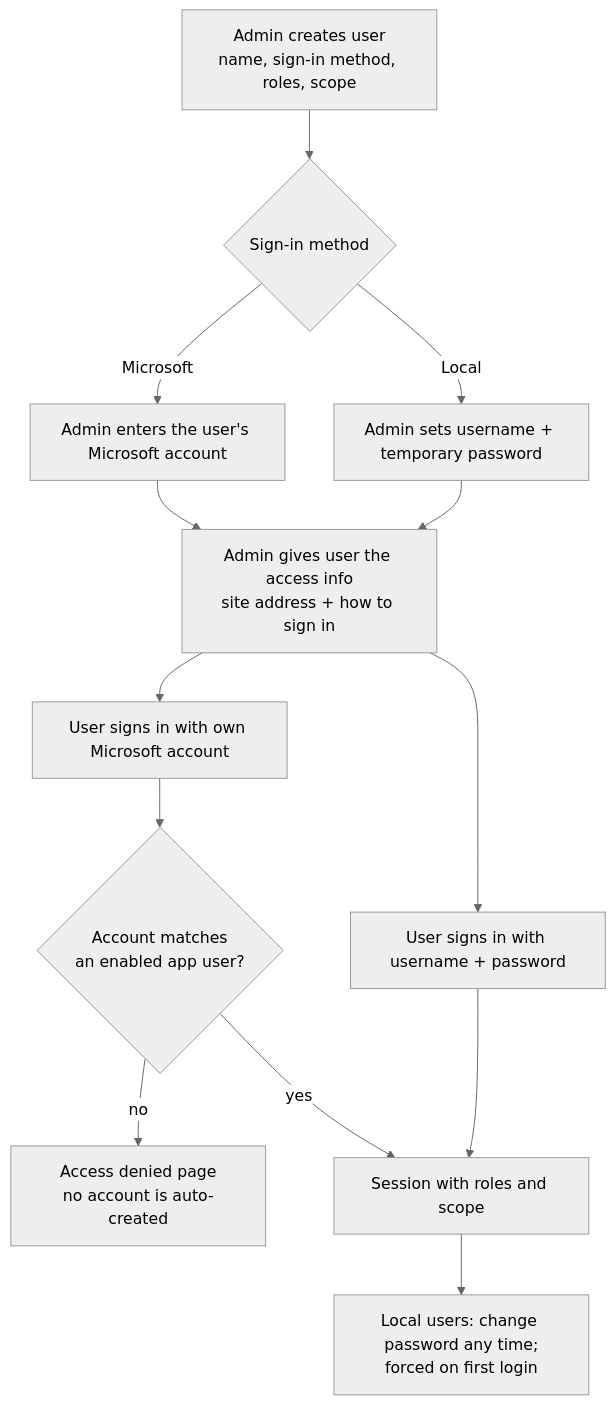
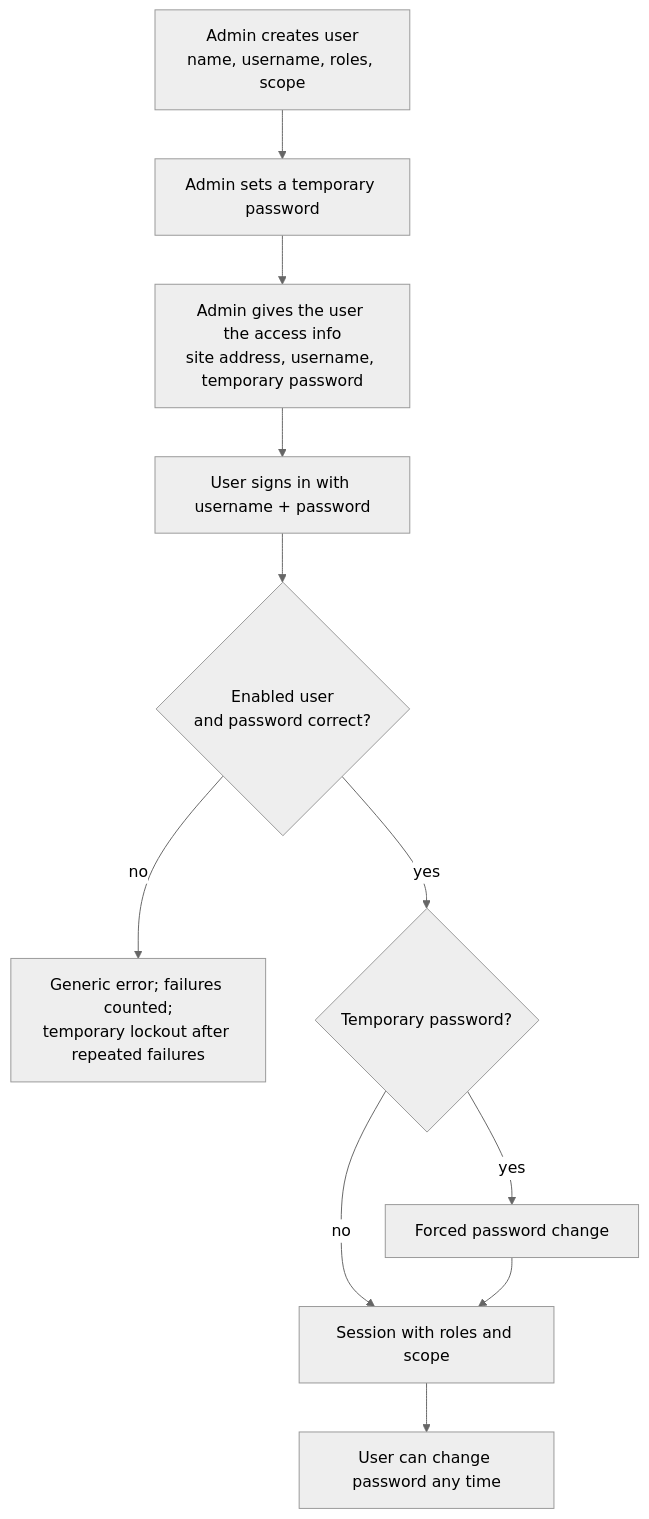
One commit to kurnFR/salesperformance changed the fifth of 5 diagrams in docs/02-architecture.md. Above: the diagram before and after it, drawn with Mermaid (neutral theme). The commit also changed other lines of this file and 9 other files, not shown here.

Commit message:
docs: monthly nightly data, local-only sign-in, AI confirm-then-answer, calculate tool, local gateway requirements, 60-day retention

````diff
--- a/docs/02-architecture.md
+++ b/docs/02-architecture.md
@@ -229,15 +227,13 @@
 ```mermaid
 flowchart TD
-  A[Admin creates user<br/>name, sign-in method, roles, scope] --> M{"Sign-in method"}
-  M -- Microsoft --> M1[Admin enters the user's Microsoft account]
-  M -- Local --> L1[Admin sets username + temporary password]
-  M1 --> I[Admin gives user the access info<br/>site address + how to sign in]
-  L1 --> I
-  I --> S1[User signs in with own Microsoft account]
-  I --> S2[User signs in with username + password]
-  S1 --> V{"Account matches<br/>an enabled app user?"}
-  V -- no --> D[Access denied page<br/>no account is auto-created]
-  V -- yes --> OK[Session with roles and scope]
-  S2 --> OK
-  OK --> CP[Local users: change password any time;<br/>forced on first login]
+  A[Admin creates user<br/>name, username, roles, scope] --> P[Admin sets a temporary password]
+  P --> I[Admin gives the user the access info<br/>site address, username, temporary password]
+  I --> S[User signs in with username + password]
+  S --> V{"Enabled user<br/>and password correct?"}
+  V -- no --> F[Generic error; failures counted;<br/>temporary lockout after repeated failures]
+  V -- yes --> CH{"Temporary password?"}
+  CH -- yes --> FC[Forced password change]
+  CH -- no --> OK[Session with roles and scope]
+  FC --> OK
+  OK --> C2[User can change password any time]
 ```
````
